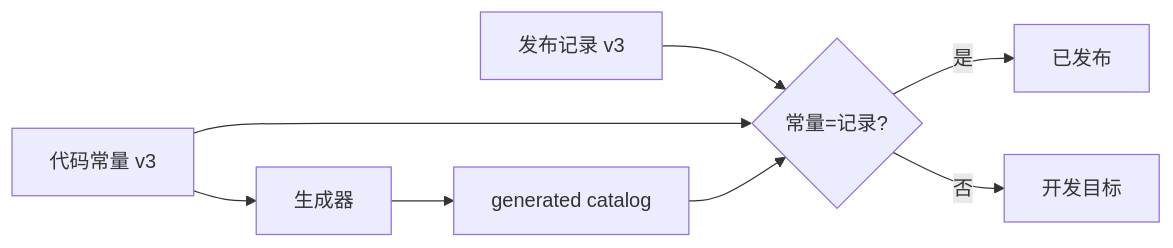
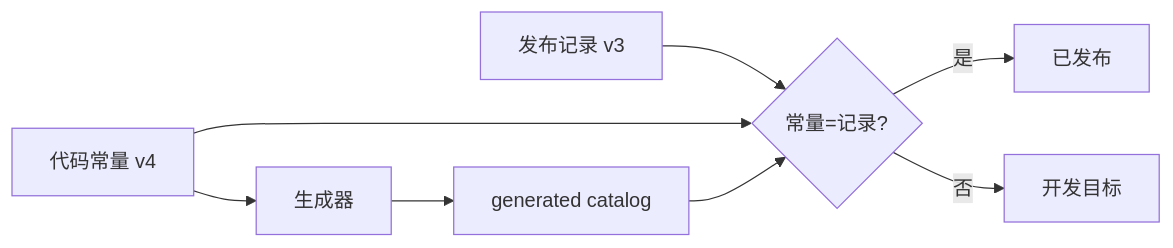
Before and after one commit to morehao/oss-insights: the first of 5 diagrams in ai-agent/deepseek-harness/session-format-migration.md, drawn with Mermaid. The commit also changed other lines of this file and 28 other files, not shown here.

````diff
--- a/ai-agent/deepseek-harness/session-format-migration.md
+++ b/ai-agent/deepseek-harness/session-format-migration.md
@@ -98,10 +103,10 @@
 ```mermaid
 graph LR
-    W["代码常量 v3"] --> G["生成器"]
+    W["代码常量 v4"] --> G["生成器"]
     G --> C["generated catalog"]
     R["发布记录 v3"] --> D{"常量=记录?"}
     W --> D
     C --> D
     D -->|是| OK["已发布"]
     D -->|否| DEV["开发目标"]
 ```
````
